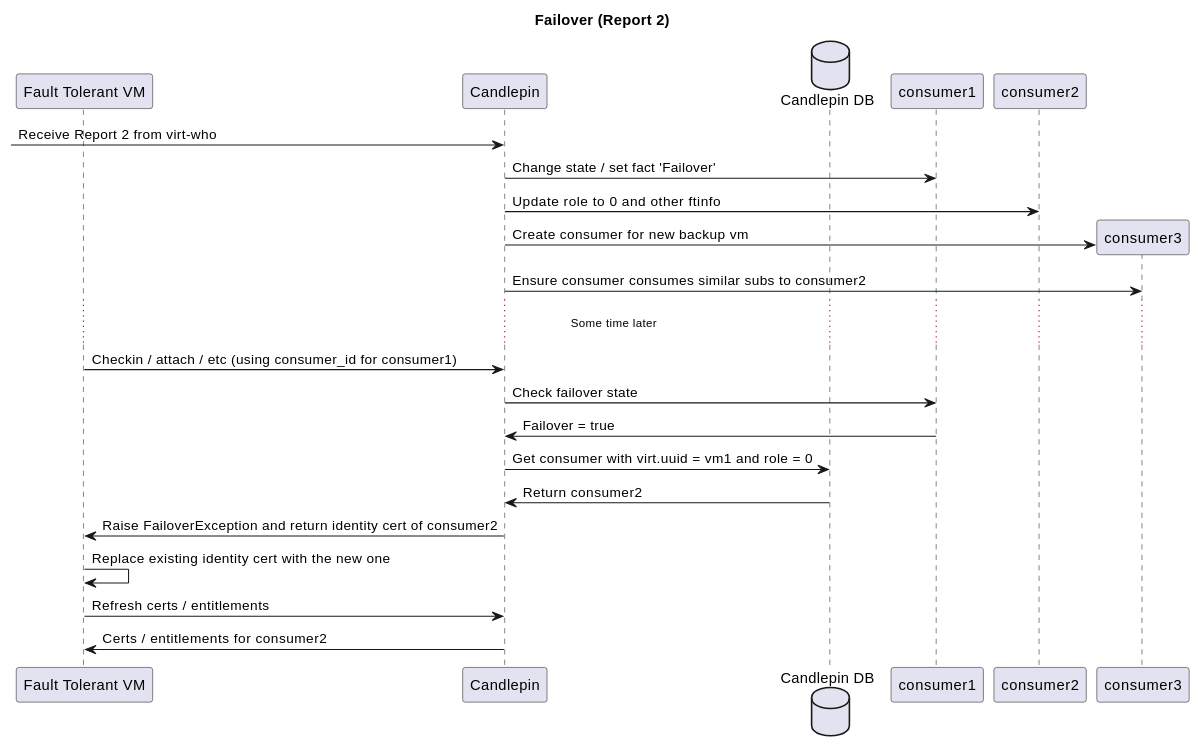
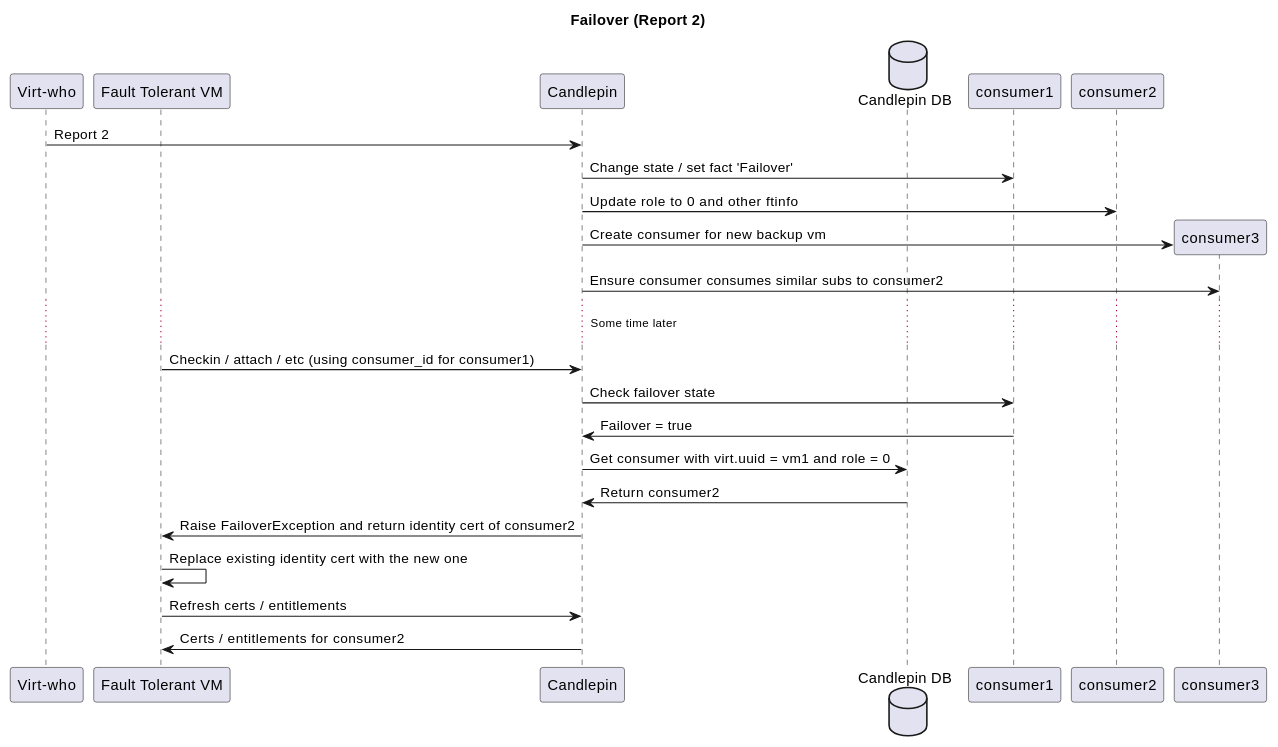
The second of 3 diagrams in docs/candlepin/fault_tolerance_design.md (candlepin/candlepin.github.io), drawn with PlantUML before and after one commit. The commit also changed other lines of this file, not shown here.

Commit message:
Adds a new activity diagram, updates to answer questions from review, adds open questions section

```diff
--- a/docs/candlepin/fault_tolerance_design.md
+++ b/docs/candlepin/fault_tolerance_design.md
@@ -153,24 +194,25 @@
 {% plantuml %}
 title Failover (Report 2)
+participant "Virt-who" as vw
 participant "Fault Tolerant VM" as vm
 participant Candlepin as cp
 database "Candlepin DB" as db
 participant consumer1
 participant consumer2
-[-> cp: Receive Report 2 from virt-who
+vw -> cp: Report 2
 cp -> consumer1: Change state / set fact 'Failover'
 cp -> consumer2: Update role to 0 and other ftinfo
 create participant consumer3
 cp -> consumer3: Create consumer for new backup vm
 cp -> consumer3: Ensure consumer consumes similar subs to consumer2
 ... Some time later ...
 vm -> cp: Checkin / attach / etc (using consumer_id for consumer1)
 cp -> consumer1: Check failover state
 cp <- consumer1: Failover = true
 cp -> db: Get consumer with virt.uuid = vm1 and role = 0
 cp <- db: Return consumer2
 vm <- cp: Raise FailoverException and return identity cert of consumer2
 vm -> vm: Replace existing identity cert with the new one
 vm -> cp: Refresh certs / entitlements
 vm <- cp: Certs / entitlements for consumer2
 {% endplantuml %}
```
